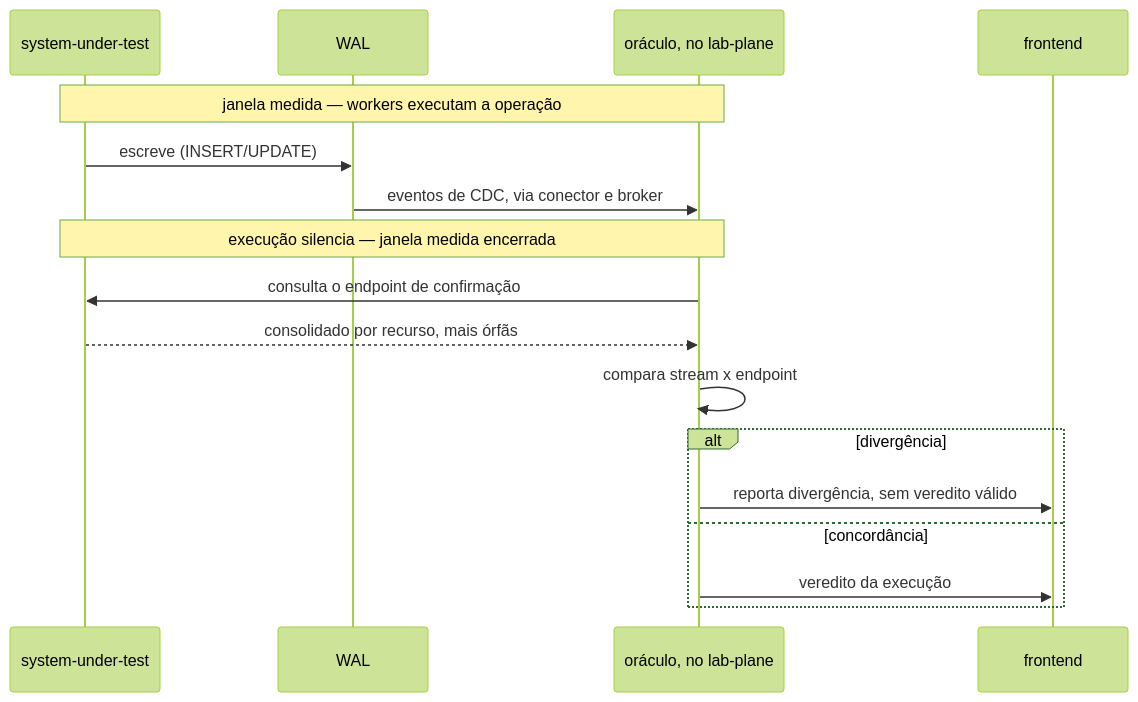
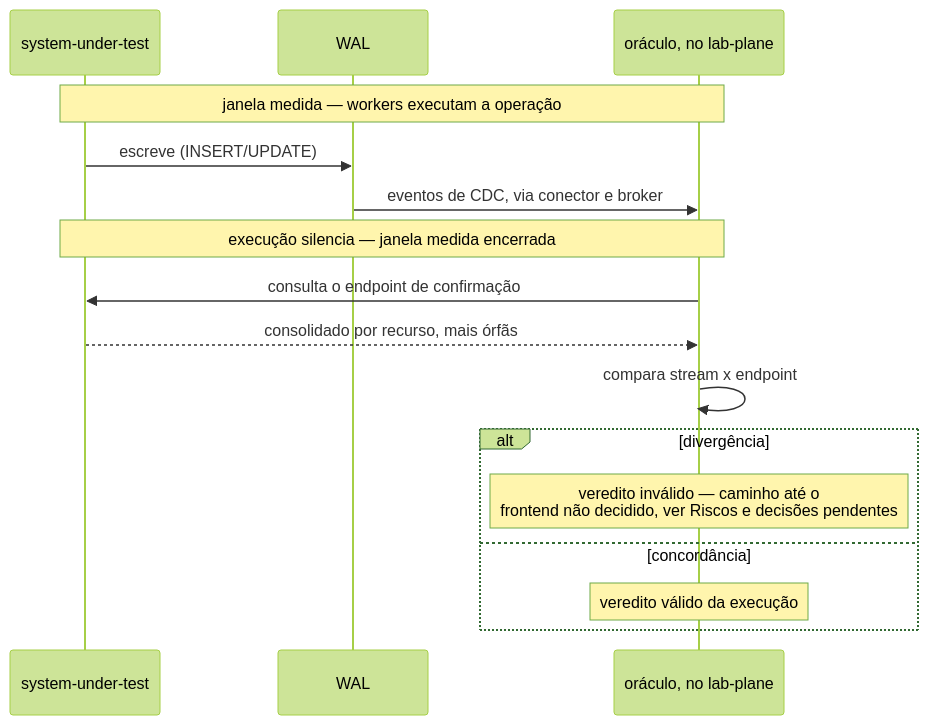
One commit to da0hn/distributed-systems-experiment-lab changed the first of 2 diagrams in docs/features/deteccao-de-divergencia-entre-fontes/feature-card.md. Above: the diagram before and after it, drawn with Mermaid (forest theme). The commit also changed other lines of this file and 2 other files, not shown here.

````diff
--- a/docs/features/deteccao-de-divergencia-entre-fontes/feature-card.md
+++ b/docs/features/deteccao-de-divergencia-entre-fontes/feature-card.md
@@ -24,19 +27,18 @@
 ```mermaid
 sequenceDiagram
     participant SUT as system-under-test
     participant W as WAL
     participant OR as oráculo, no lab-plane
-    participant FE as frontend
     Note over SUT,OR: janela medida — workers executam a operação
     SUT->>W: escreve (INSERT/UPDATE)
     W->>OR: eventos de CDC, via conector e broker
     Note over SUT,OR: execução silencia — janela medida encerrada
     OR->>SUT: consulta o endpoint de confirmação
     SUT-->>OR: consolidado por recurso, mais órfãs
     OR->>OR: compara stream x endpoint
     alt divergência
-        OR->>FE: reporta divergência, sem veredito válido
+        Note over OR: veredito inválido — caminho até o<br/>frontend não decidido, ver Riscos e decisões pendentes
     else concordância
-        OR->>FE: veredito da execução
+        Note over OR: veredito válido da execução
     end
 ```
````
